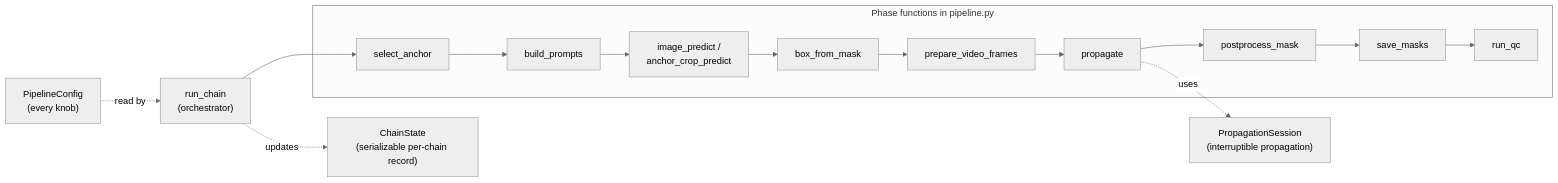
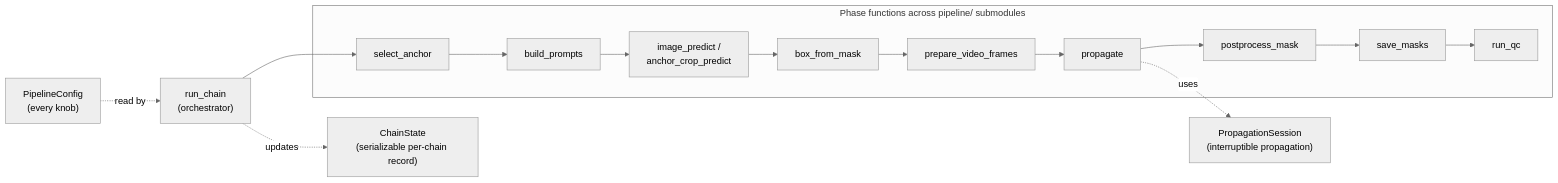
Before and after one commit to farrellsid/segmentation-playground: the second of 2 diagrams in docs/explanation/architecture.md, drawn with Mermaid (neutral theme). The commit also changed other lines of this file and 4 other files, not shown here.

First line of the commit message:
docs: record the pipeline package split (ADR 0013, code-map, architecture, CHANGELOG)

````diff
--- a/docs/explanation/architecture.md
+++ b/docs/explanation/architecture.md
@@ -74,24 +76,24 @@
 ```mermaid
 flowchart LR
-    subgraph phases [Phase functions in pipeline.py]
+    subgraph phases [Phase functions across pipeline/ submodules]
         anchor["select_anchor"]
         prompts["build_prompts"]
         predict["image_predict /<br/>anchor_crop_predict"]
         box["box_from_mask"]
         prep["prepare_video_frames"]
         prop["propagate"]
         post["postprocess_mask"]
         save["save_masks"]
         qcrun["run_qc"]
     end
 
     config["PipelineConfig<br/>(every knob)"]
     state["ChainState<br/>(serializable per-chain record)"]
     session["PropagationSession<br/>(interruptible propagation)"]
     runchain["run_chain<br/>(orchestrator)"]
 
     runchain --> anchor --> prompts --> predict --> box --> prep --> prop --> post --> save --> qcrun
     config -. read by .-> runchain
     runchain -. updates .-> state
     prop -. uses .-> session
 ```
````
